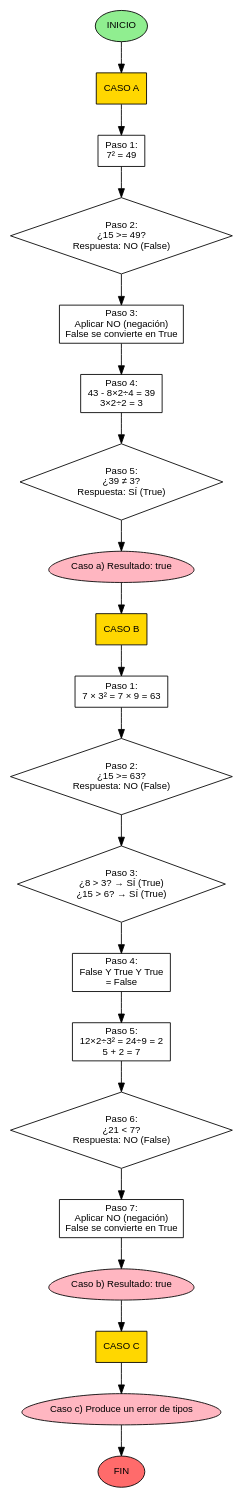
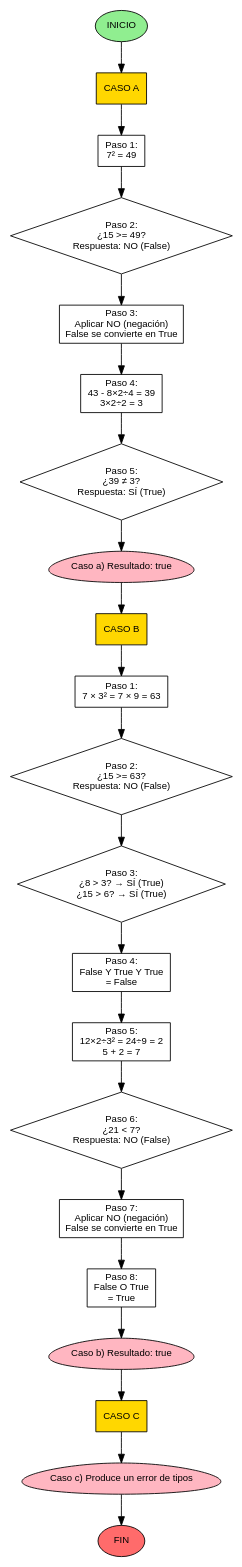
The diagram in Diagramas/ejemplo_1_4.dot (RosarioReyesMtz/java-tutor-tics), drawn with Graphviz before and after one commit. The commit also changed 2 other files, not shown here.

```diff
--- a/Diagramas/ejemplo_1_4.dot
+++ b/Diagramas/ejemplo_1_4.dot
@@ -1,65 +1,67 @@
 digraph ejemplo_1_4 {
     // Configuración general
     rankdir=TB;
     node [fontname="Arial", fontsize=11];
     
     // Inicio
     inicio [label="INICIO", shape=ellipse, style=filled, fillcolor="#90EE90"];
     
     // CASO A: Evaluar primera expresión
     titulo_a [label="CASO A", shape=box, style=filled, fillcolor="#FFD700"];
     
     paso1_a [label="Paso 1:\n7² = 49", shape=box];
     paso2_a [label="Paso 2:\n¿15 >= 49?\nRespuesta: NO (False)", shape=diamond];
     paso3_a [label="Paso 3:\nAplicar NO (negación)\nFalse se convierte en True", shape=box];
     
     paso4_a [label="Paso 4:\n43 - 8×2÷4 = 39\n3×2÷2 = 3", shape=box];
     paso5_a [label="Paso 5:\n¿39 ≠ 3?\nRespuesta: SÍ (True)", shape=diamond];
     
     salida_a [label="Caso a) Resultado: true", shape=egg, style=filled, fillcolor="#FFB6C1"];
     
     // CASO B: Evaluar segunda expresión
     titulo_b [label="CASO B", shape=box, style=filled, fillcolor="#FFD700"];
     
     paso1_b [label="Paso 1:\n7 × 3² = 7 × 9 = 63", shape=box];
     paso2_b [label="Paso 2:\n¿15 >= 63?\nRespuesta: NO (False)", shape=diamond];
     paso3_b [label="Paso 3:\n¿8 > 3? → SÍ (True)\n¿15 > 6? → SÍ (True)", shape=diamond];
     paso4_b [label="Paso 4:\nFalse Y True Y True\n= False", shape=box];
     
     paso5_b [label="Paso 5:\n12×2÷3² = 24÷9 = 2\n5 + 2 = 7", shape=box];
     paso6_b [label="Paso 6:\n¿21 < 7?\nRespuesta: NO (False)", shape=diamond];
     paso7_b [label="Paso 7:\nAplicar NO (negación)\nFalse se convierte en True", shape=box];
     
+    paso8_b [label="Paso 8:\nFalse O True\n= True", shape=box];
 
     salida_b [label="Caso b) Resultado: true", shape=egg, style=filled, fillcolor="#FFB6C1"];
     
     // CASO C
     titulo_c [label="CASO C", shape=box, style=filled, fillcolor="#FFD700"];
     salida_c [label="Caso c) Produce un error de tipos", shape=egg, style=filled, fillcolor="#FFB6C1"];
     
     // Fin
     fin [label="FIN", shape=ellipse, style=filled, fillcolor="#FF6B6B"];
     
     // Conexiones
     inicio -> titulo_a;
     titulo_a -> paso1_a;
     paso1_a -> paso2_a;
     paso2_a -> paso3_a;
     paso3_a -> paso4_a;
     paso4_a -> paso5_a;
     paso5_a -> salida_a;
     
     salida_a -> titulo_b;
     titulo_b -> paso1_b;
     paso1_b -> paso2_b;
     paso2_b -> paso3_b;
     paso3_b -> paso4_b;
     paso4_b -> paso5_b;
     paso5_b -> paso6_b;
     paso6_b -> paso7_b;
-    paso7_b -> salida_b;
+    paso7_b -> paso8_b;
+    paso8_b -> salida_b;
     
     salida_b -> titulo_c;
     titulo_c -> salida_c;
     salida_c -> fin;
 }
```
